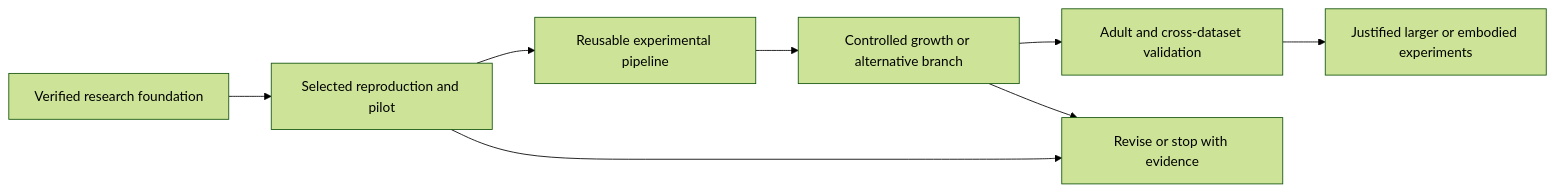
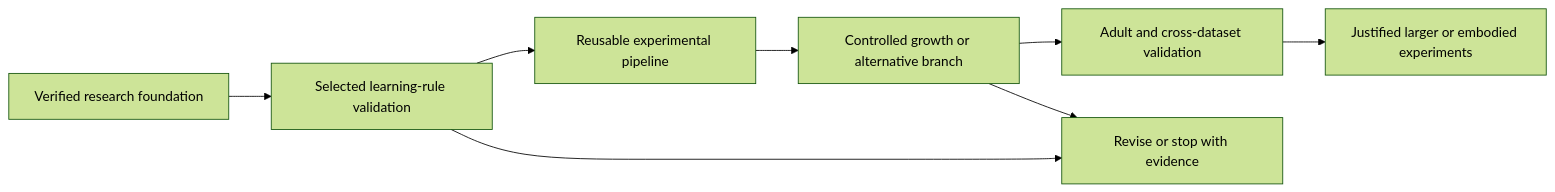
Before and after one commit to T-Julsgaard/Neural-Scaling-of-the-Drosophila-Connectome: the diagram in README.md, drawn with Mermaid (forest theme). The commit also changed other lines of this file and 30 other files, not shown here.

Commit message:
Implement bounded EXP-002 learning-rule validation

````diff
--- a/README.md
+++ b/README.md
@@ -9,10 +9,10 @@
 ```mermaid
 flowchart LR
-    A[Verified research foundation] --> B[Selected reproduction and pilot]
+    A[Verified research foundation] --> B[Selected learning-rule validation]
     B --> C[Reusable experimental pipeline]
     C --> D[Controlled growth or alternative branch]
     D --> E[Adult and cross-dataset validation]
     E --> F[Justified larger or embodied experiments]
     B --> G[Revise or stop with evidence]
     D --> G
 ```
````
